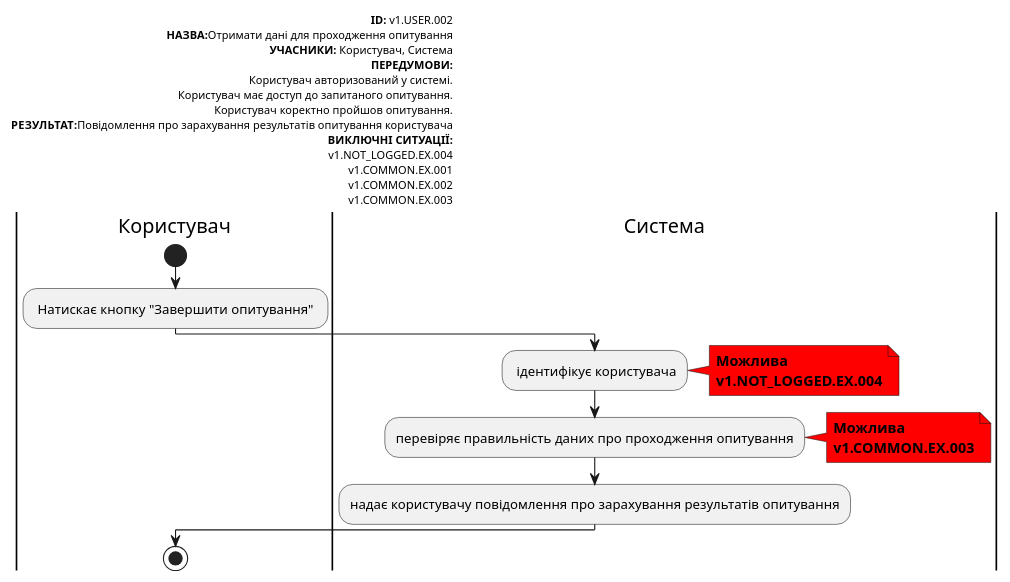
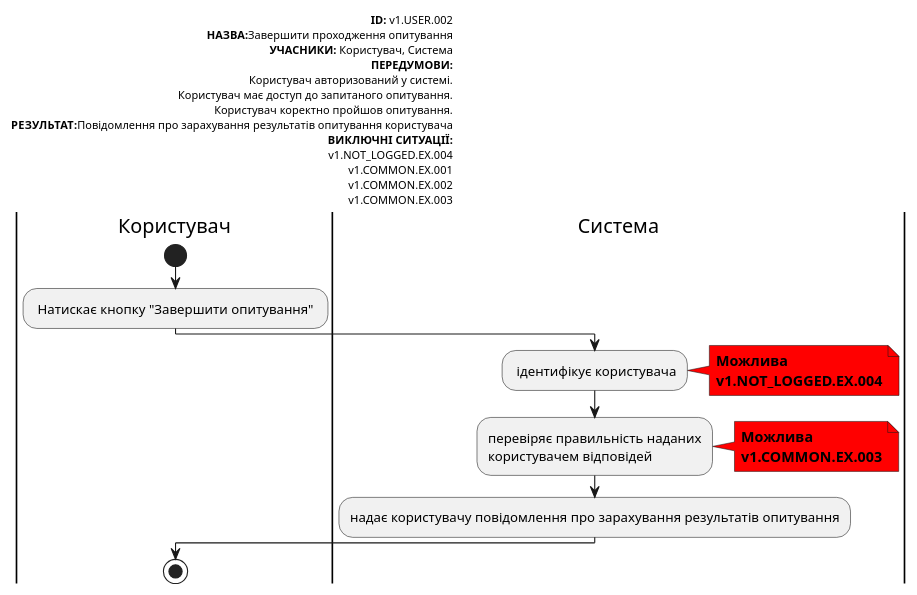
The fourth of 18 diagrams in docs/use cases/README.md (Znskiy/survey-expert), drawn with PlantUML before and after one commit. The commit also changed other lines of this file, not shown here.

```diff
--- a/docs/use cases/README.md
+++ b/docs/use cases/README.md
@@ -164,43 +164,44 @@
   @startuml
 
         left header
              <font color=000 size=10><b>ID:</b> v1.USER.002
-             <font color=000 size=10><b>НАЗВА:</b>Отримати дані для проходження опитування
+             <font color=000 size=10><b>НАЗВА:</b>Завершити проходження опитування
              <font color=000 size=10><b>УЧАСНИКИ:</b> Користувач, Система
              <font color=000 size=10><b>ПЕРЕДУМОВИ:</b>
              <font color=000 size=10>Користувач авторизований у системі.
              <font color=000 size=10>Користувач має доступ до запитаного опитування.
              <font color=000 size=10>Користувач коректно пройшов опитування.
              <font color=000 size=10><b>РЕЗУЛЬТАТ:</b>Повідомлення про зарахування результатів опитування користувача
              <font color=000 size=10><b>ВИКЛЮЧНІ СИТУАЦІЇ:</b>
              <font color=000 size=10>v1.NOT_LOGGED.EX.004
              <font color=000 size=10>v1.COMMON.EX.001
              <font color=000 size=10>v1.COMMON.EX.002
              <font color=000 size=10>v1.COMMON.EX.003
          end header
 
          |Користувач|
              start
              : Натискає кнопку "Завершити опитування" ;
 
          |Система|
              : ідентифікує користувача;
 
              note right #ff0000
              <b>Можлива</b>
              <b>v1.NOT_LOGGED.EX.004</b>
              end note
 
-             :перевіряє правильність даних про проходження опитування;
+             :перевіряє правильність наданих
+             користувачем відповідей;
 
              note right #ff0000
              <b>Можлива</b>
              <b>v1.COMMON.EX.003</b>
              end note
 
              :надає користувачу повідомлення про зарахування результатів опитування;
 
          |Користувач|
              stop;
 
   @enduml
```
